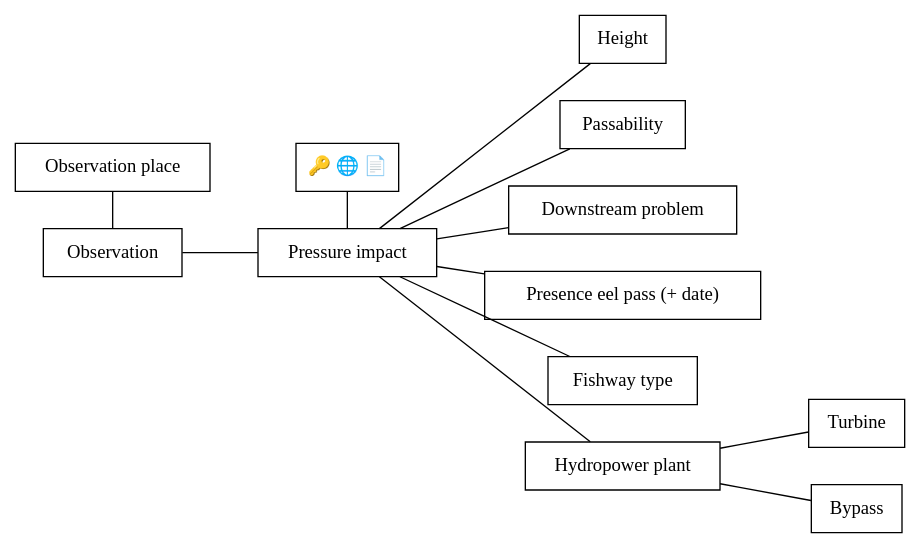
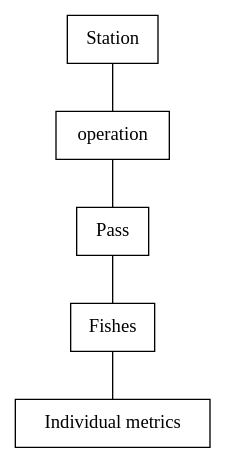
The fifth of 5 diagrams in R/diaspara_WP3_Tuesday_presentation.qmd (DIASPARAproject/WP3_migdb), drawn with Graphviz before and after one commit. The commit also changed other lines of this file and 11 other files, not shown here.

````diff
--- a/R/diaspara_WP3_Tuesday_presentation.qmd
+++ b/R/diaspara_WP3_Tuesday_presentation.qmd
@@ -863,38 +674,22 @@
 ```{dot}
 graph G{
   newrank=true;
-  rankdir=LR;
+  rankdir=TB;
   splines=false;
   outputorder=nodesfirst;
   nodesep=0.39;
 
-  A [label="Observation place",shape=box];
-  B [label="Observation",shape=box];
-  C [label="Pressure impact",shape=box];
-  D [label="🔑 🌐 📄",shape=box];
-  E [label="Height",shape=box];
-  F [label="Passability",shape=box];
-  G [label="Downstream problem",shape=box];
-  I [label="Presence eel pass (+ date)",shape=box];
-  H [label="Fishway type",shape=box];
-  J [label="Hydropower plant",shape=box];
-  K [label="Turbine",shape=box];
-  L [label="Bypass",shape=box];
-
-  {rank=same;A;B}
-  {rank=same;D;C}
+  A [label="Station",shape=box];
+  B [label="operation",shape=box];
+  C [label="Pass",shape=box];
+  D [label="Fishes",shape=box];
+  E [label="Individual metrics",shape=box];
 
 
   A -- B
   B -- C
-  D -- C
-  C -- E
-  C -- F
-  C -- G
-  C -- H
-  C -- I
-  C -- J
-  J -- K
-  J -- L
+  C -- D
+  D -- E
+ 
 }
 ```
````
